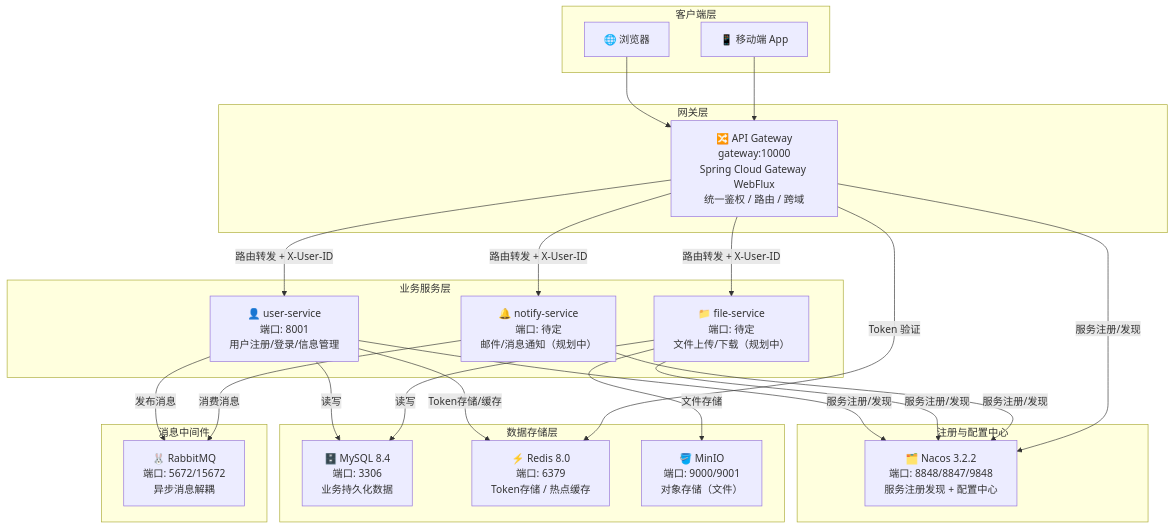
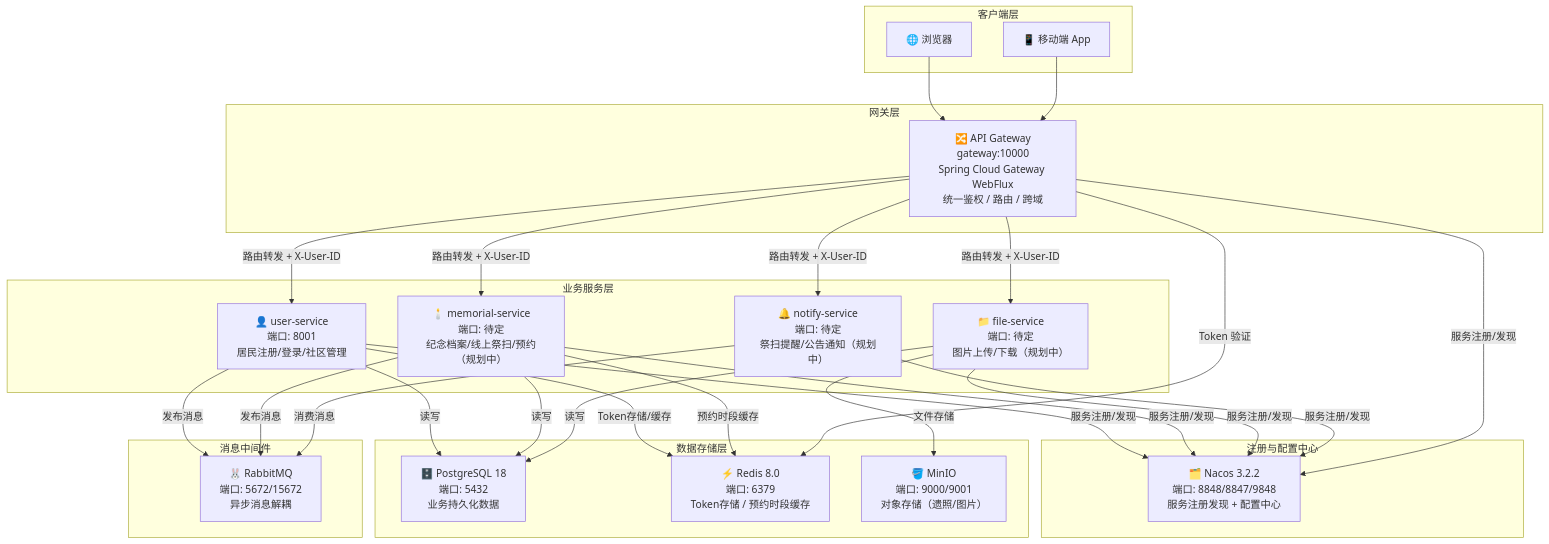
Before and after one commit to jiayuhan123/graduation-project: the first of 2 diagrams in 项目文档/1-项目概述/系统架构图说明.md, drawn with Mermaid. The commit also changed other lines of this file and 140 other files, not shown here.

````diff
--- a/项目文档/1-项目概述/系统架构图说明.md
+++ b/项目文档/1-项目概述/系统架构图说明.md
@@ -9,54 +9,60 @@
 ```mermaid
 graph TB
     subgraph 客户端层
         Browser[🌐 浏览器]
         App[📱 移动端 App]
     end
 
     subgraph 网关层
         Gateway["🔀 API Gateway<br/>gateway:10000<br/>Spring Cloud Gateway WebFlux<br/>统一鉴权 / 路由 / 跨域"]
     end
 
     subgraph 业务服务层
-        UserSvc["👤 user-service<br/>端口: 8001<br/>用户注册/登录/信息管理"]
-        FileSvc["📁 file-service<br/>端口: 待定<br/>文件上传/下载（规划中）"]
-        NotifySvc["🔔 notify-service<br/>端口: 待定<br/>邮件/消息通知（规划中）"]
+        UserSvc["👤 user-service<br/>端口: 8001<br/>居民注册/登录/社区管理"]
+        MemSvc["🕯️ memorial-service<br/>端口: 待定<br/>纪念档案/线上祭扫/预约（规划中）"]
+        FileSvc["📁 file-service<br/>端口: 待定<br/>图片上传/下载（规划中）"]
+        NotifySvc["🔔 notify-service<br/>端口: 待定<br/>祭扫提醒/公告通知（规划中）"]
     end
 
     subgraph 注册与配置中心
         Nacos["🗂️ Nacos 3.2.2<br/>端口: 8848/8847/9848<br/>服务注册发现 + 配置中心"]
     end
 
     subgraph 数据存储层
-        MySQL["🗄️ MySQL 8.4<br/>端口: 3306<br/>业务持久化数据"]
-        Redis["⚡ Redis 8.0<br/>端口: 6379<br/>Token存储 / 热点缓存"]
-        MinIO["🪣 MinIO<br/>端口: 9000/9001<br/>对象存储（文件）"]
+        PG["🗄️ PostgreSQL 18<br/>端口: 5432<br/>业务持久化数据"]
+        Redis["⚡ Redis 8.0<br/>端口: 6379<br/>Token存储 / 预约时段缓存"]
+        MinIO["🪣 MinIO<br/>端口: 9000/9001<br/>对象存储（遗照/图片）"]
     end
 
     subgraph 消息中间件
         RabbitMQ["🐰 RabbitMQ<br/>端口: 5672/15672<br/>异步消息解耦"]
     end
 
     Browser --> Gateway
     App --> Gateway
 
     Gateway -->|路由转发 + X-User-ID| UserSvc
+    Gateway -->|路由转发 + X-User-ID| MemSvc
     Gateway -->|路由转发 + X-User-ID| FileSvc
     Gateway -->|路由转发 + X-User-ID| NotifySvc
 
     UserSvc -->|服务注册/发现| Nacos
+    MemSvc -->|服务注册/发现| Nacos
     FileSvc -->|服务注册/发现| Nacos
     NotifySvc -->|服务注册/发现| Nacos
     Gateway -->|服务注册/发现| Nacos
 
-    UserSvc -->|读写| MySQL
+    UserSvc -->|读写| PG
+    MemSvc -->|读写| PG
     UserSvc -->|Token存储/缓存| Redis
     UserSvc -->|发布消息| RabbitMQ
+    MemSvc -->|发布消息| RabbitMQ
+    MemSvc -->|预约时段缓存| Redis
 
     FileSvc -->|文件存储| MinIO
-    FileSvc -->|读写| MySQL
+    FileSvc -->|读写| PG
 
     NotifySvc -->|消费消息| RabbitMQ
 
     Gateway -->|Token 验证| Redis
 ```
````
